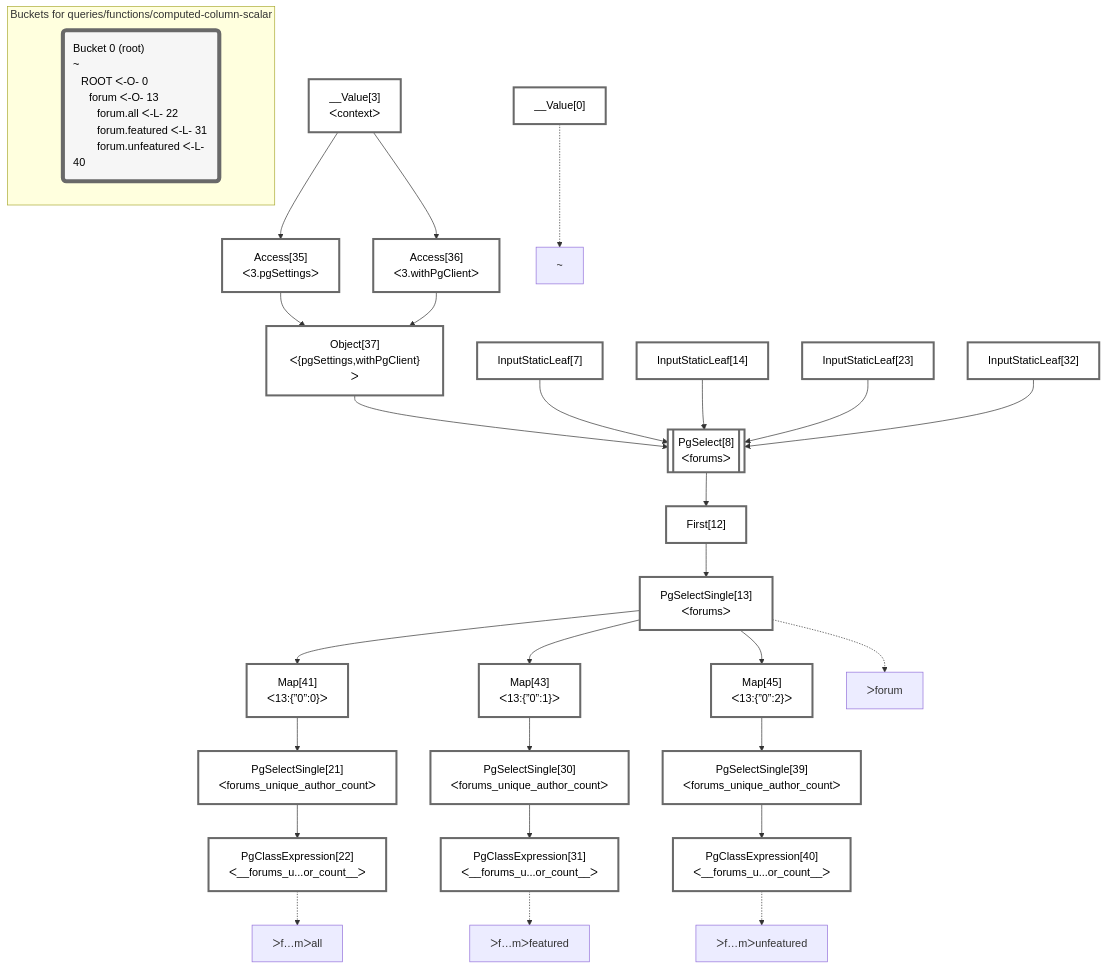
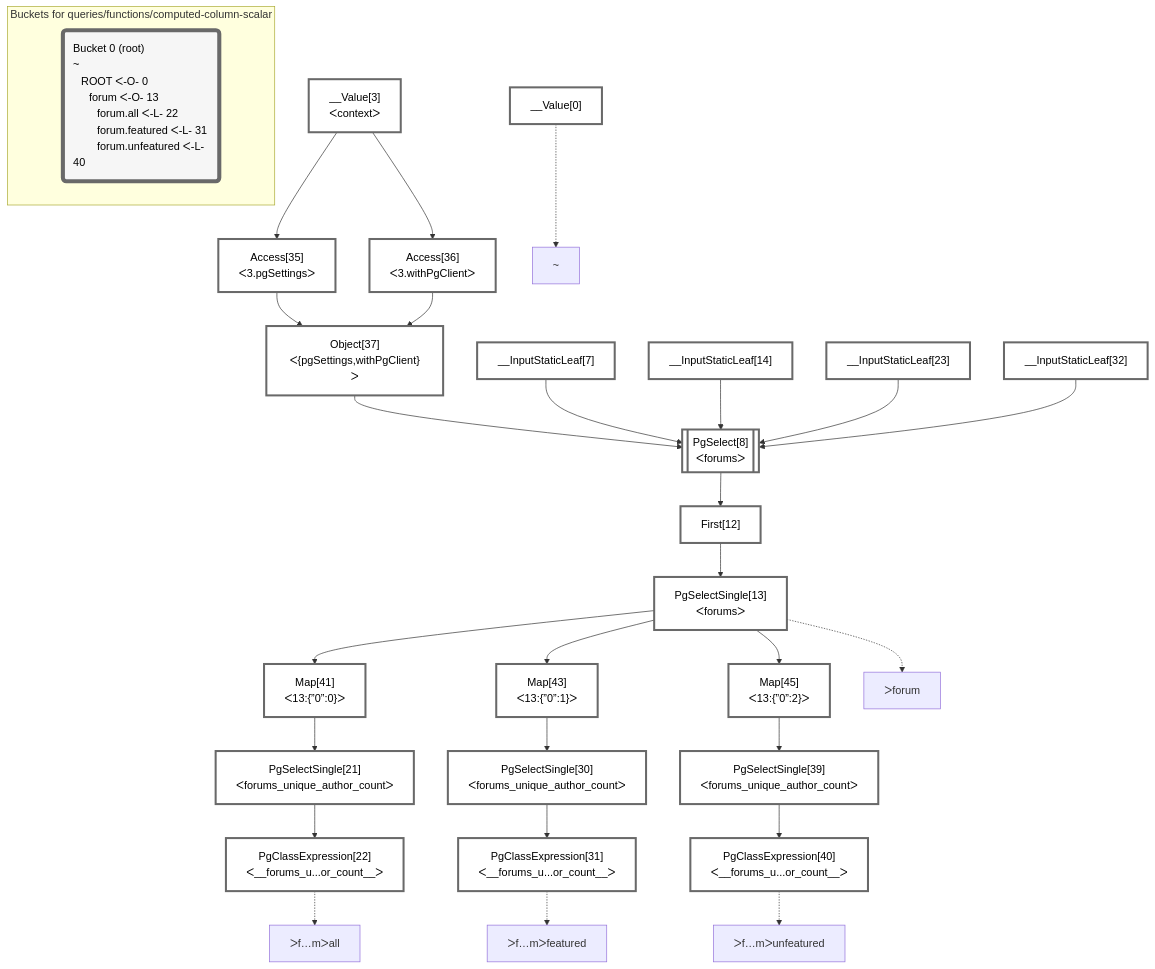
One commit to graphile/crystal changed the diagram in packages/dataplan-pg/__tests__/queries/functions/computed-column-scalar.mermaid.md. Above: the diagram before and after it, drawn with Mermaid. The commit also changed 79 other files, not shown here.

````diff
--- a/packages/dataplan-pg/__tests__/queries/functions/computed-column-scalar.mermaid.md
+++ b/packages/dataplan-pg/__tests__/queries/functions/computed-column-scalar.mermaid.md
@@ -1,67 +1,67 @@
 ```mermaid
 graph TD
     classDef path fill:#eee,stroke:#000,color:#000
     classDef plan fill:#fff,stroke-width:3px,color:#000
     classDef itemplan fill:#fff,stroke-width:6px,color:#000
     classDef sideeffectplan fill:#f00,stroke-width:6px,color:#000
     classDef bucket fill:#f6f6f6,color:#000,stroke-width:6px,text-align:left
 
 
     %% define plans
     __Value0["__Value[0]"]:::plan
     PgClassExpression22["PgClassExpression[22]<br />ᐸ__forums_u...or_count__ᐳ"]:::plan
     PgSelectSingle21["PgSelectSingle[21]<br />ᐸforums_unique_author_countᐳ"]:::plan
     Map41["Map[41]<br />ᐸ13:{”0”:0}ᐳ"]:::plan
     PgClassExpression31["PgClassExpression[31]<br />ᐸ__forums_u...or_count__ᐳ"]:::plan
     PgSelectSingle30["PgSelectSingle[30]<br />ᐸforums_unique_author_countᐳ"]:::plan
     Map43["Map[43]<br />ᐸ13:{”0”:1}ᐳ"]:::plan
     PgClassExpression40["PgClassExpression[40]<br />ᐸ__forums_u...or_count__ᐳ"]:::plan
     PgSelectSingle39["PgSelectSingle[39]<br />ᐸforums_unique_author_countᐳ"]:::plan
     Map45["Map[45]<br />ᐸ13:{”0”:2}ᐳ"]:::plan
     PgSelectSingle13["PgSelectSingle[13]<br />ᐸforumsᐳ"]:::plan
     First12["First[12]"]:::plan
     PgSelect8[["PgSelect[8]<br />ᐸforumsᐳ"]]:::plan
     Object37["Object[37]<br />ᐸ{pgSettings,withPgClient}ᐳ"]:::plan
     Access35["Access[35]<br />ᐸ3.pgSettingsᐳ"]:::plan
     Access36["Access[36]<br />ᐸ3.withPgClientᐳ"]:::plan
     __Value3["__Value[3]<br />ᐸcontextᐳ"]:::plan
-    InputStaticLeaf7["InputStaticLeaf[7]"]:::plan
-    InputStaticLeaf14["InputStaticLeaf[14]"]:::plan
-    InputStaticLeaf23["InputStaticLeaf[23]"]:::plan
-    InputStaticLeaf32["InputStaticLeaf[32]"]:::plan
+    __InputStaticLeaf7["__InputStaticLeaf[7]"]:::plan
+    __InputStaticLeaf14["__InputStaticLeaf[14]"]:::plan
+    __InputStaticLeaf23["__InputStaticLeaf[23]"]:::plan
+    __InputStaticLeaf32["__InputStaticLeaf[32]"]:::plan
 
     %% plan dependencies
     PgSelectSingle21 --> PgClassExpression22
     Map41 --> PgSelectSingle21
     PgSelectSingle13 --> Map41
     PgSelectSingle30 --> PgClassExpression31
     Map43 --> PgSelectSingle30
     PgSelectSingle13 --> Map43
     PgSelectSingle39 --> PgClassExpression40
     Map45 --> PgSelectSingle39
     PgSelectSingle13 --> Map45
     First12 --> PgSelectSingle13
     PgSelect8 --> First12
-    Object37 & InputStaticLeaf7 & InputStaticLeaf14 & InputStaticLeaf23 & InputStaticLeaf32 --> PgSelect8
+    Object37 & __InputStaticLeaf7 & __InputStaticLeaf14 & __InputStaticLeaf23 & __InputStaticLeaf32 --> PgSelect8
     Access35 & Access36 --> Object37
     __Value3 --> Access35
     __Value3 --> Access36
 
     %% plan-to-path relationships
     P0["~"]
     __Value0 -.-> P0
     P13["ᐳforum"]
     PgSelectSingle13 -.-> P13
     P22["ᐳf…mᐳall"]
     PgClassExpression22 -.-> P22
     P31["ᐳf…mᐳfeatured"]
     PgClassExpression31 -.-> P31
     P40["ᐳf…mᐳunfeatured"]
     PgClassExpression40 -.-> P40
 
     subgraph "Buckets for queries/functions/computed-column-scalar"
     Bucket0("Bucket 0 (root)<br />~<br />⠀ROOT ᐸ-O- 0<br />⠀⠀forum ᐸ-O- 13<br />⠀⠀⠀forum.all ᐸ-L- 22<br />⠀⠀⠀forum.featured ᐸ-L- 31<br />⠀⠀⠀forum.unfeatured ᐸ-L- 40"):::bucket
     classDef bucket0 stroke:#696969
-    class Bucket0,__Value0,__Value3,InputStaticLeaf7,PgSelect8,First12,PgSelectSingle13,InputStaticLeaf14,PgSelectSingle21,PgClassExpression22,InputStaticLeaf23,PgSelectSingle30,PgClassExpression31,InputStaticLeaf32,Access35,Access36,Object37,PgSelectSingle39,PgClassExpression40,Map41,Map43,Map45 bucket0
+    class Bucket0,__Value0,__Value3,__InputStaticLeaf7,PgSelect8,First12,PgSelectSingle13,__InputStaticLeaf14,PgSelectSingle21,PgClassExpression22,__InputStaticLeaf23,PgSelectSingle30,PgClassExpression31,__InputStaticLeaf32,Access35,Access36,Object37,PgSelectSingle39,PgClassExpression40,Map41,Map43,Map45 bucket0
     end
 ```
````
